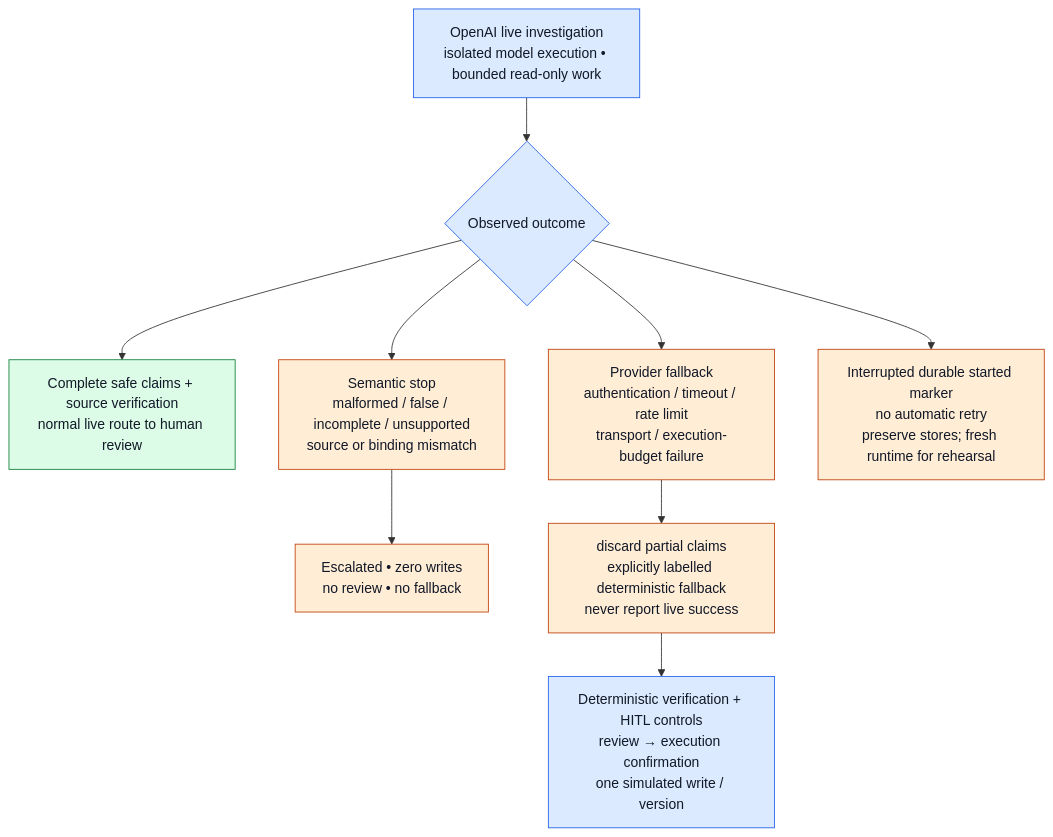
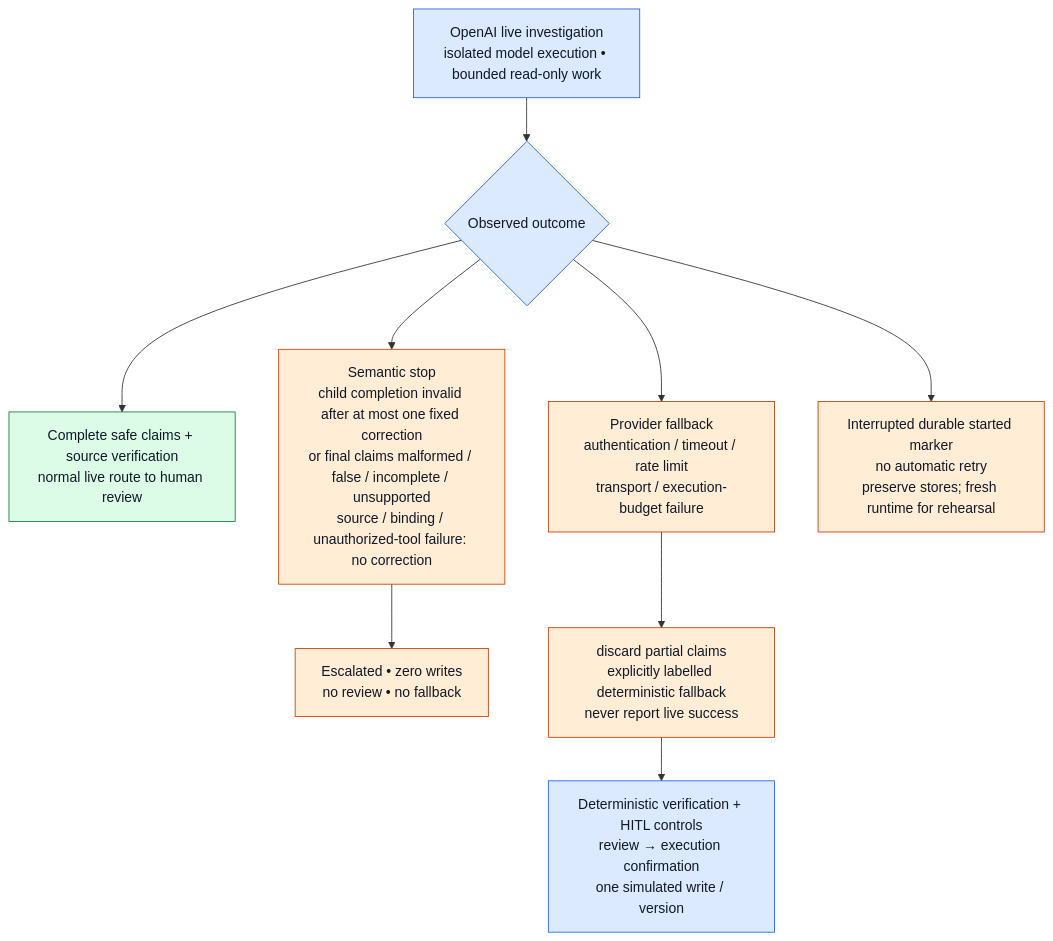
The diagram in docs/images/11_live_resilience.mmd (nagarjunakanamarlapudi/reacall-agents), drawn with Mermaid before and after one commit. The commit also changed 43 other files, not shown here.

Commit message:
docs: align final demo and diagrams with bounded live evidence

```diff
--- a/docs/images/11_live_resilience.mmd
+++ b/docs/images/11_live_resilience.mmd
@@ -1,19 +1,19 @@
 flowchart TB
   classDef control fill:#dbeafe,stroke:#2563eb,color:#111827
   classDef llm fill:#ede9fe,stroke:#7c3aed,color:#111827
   classDef safe fill:#dcfce7,stroke:#15803d,color:#111827
   classDef human fill:#ffedd5,stroke:#c2410c,color:#111827
   RUN["OpenAI live investigation<br/>isolated model execution • bounded read-only work"]:::control
   KIND{"Observed outcome"}:::control
   VERIFIED["Complete safe claims + source verification<br/>normal live route to human review"]:::safe
-  SEMANTIC["Semantic stop<br/>malformed / false / incomplete / unsupported<br/>source or binding mismatch"]:::human
+  SEMANTIC["Semantic stop<br/>child completion invalid after at most one fixed correction<br/>or final claims malformed / false / incomplete / unsupported<br/>source / binding / unauthorized-tool failure: no correction"]:::human
   STOP["Escalated • zero writes<br/>no review • no fallback"]:::human
   PROVIDER["Provider fallback<br/>authentication / timeout / rate limit<br/>transport / execution-budget failure"]:::human
   DISCARD["discard partial claims<br/>explicitly labelled deterministic fallback<br/>never report live success"]:::human
   CONTROL["Deterministic verification + HITL controls<br/>review → execution confirmation<br/>one simulated write / version"]:::control
   CANCEL["Interrupted durable started marker<br/>no automatic retry<br/>preserve stores; fresh runtime for rehearsal"]:::human
   RUN --> KIND
   KIND --> VERIFIED
   KIND --> SEMANTIC --> STOP
   KIND --> PROVIDER --> DISCARD --> CONTROL
   KIND --> CANCEL
```
